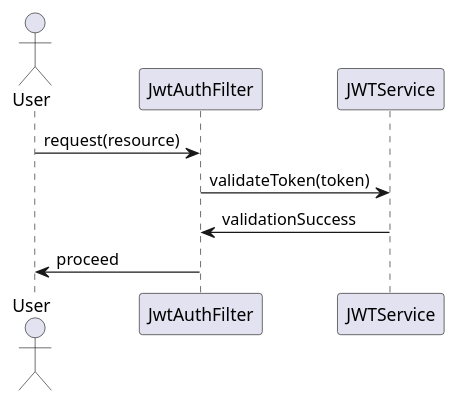
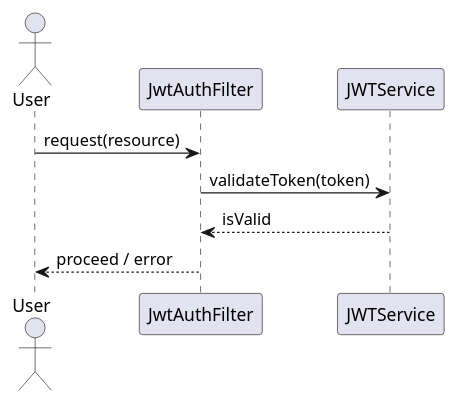
Before and after one commit to Dinesh-s95/AutoDoc.ai: the third of 4 diagrams in identityprovider/documentation/detaileddesign.adoc, drawn with PlantUML. The commit also changed other lines of this file and 4 other files, not shown here.

````diff
--- a/identityprovider/documentation/detaileddesign.adoc
+++ b/identityprovider/documentation/detaileddesign.adoc
@@ -289,12 +158,13 @@
-```plantuml
+[plantuml, jwt-validation-sequence, png]
+----
 @startuml
-actor User
-participant JwtAuthFilter
-participant JWTService
+actor "User" as user
+participant "JwtAuthFilter" as filter
+participant "JWTService" as jwt
 
-User -> JwtAuthFilter : request(resource)
-JwtAuthFilter -> JWTService : validateToken(token)
-JWTService -> JwtAuthFilter : validationSuccess
-JwtAuthFilter -> User : proceed
+user -> filter : request(resource)
+filter -> jwt : validateToken(token)
+jwt --> filter : isValid
+filter --> user : proceed / error
 @enduml
-```
+----
````
